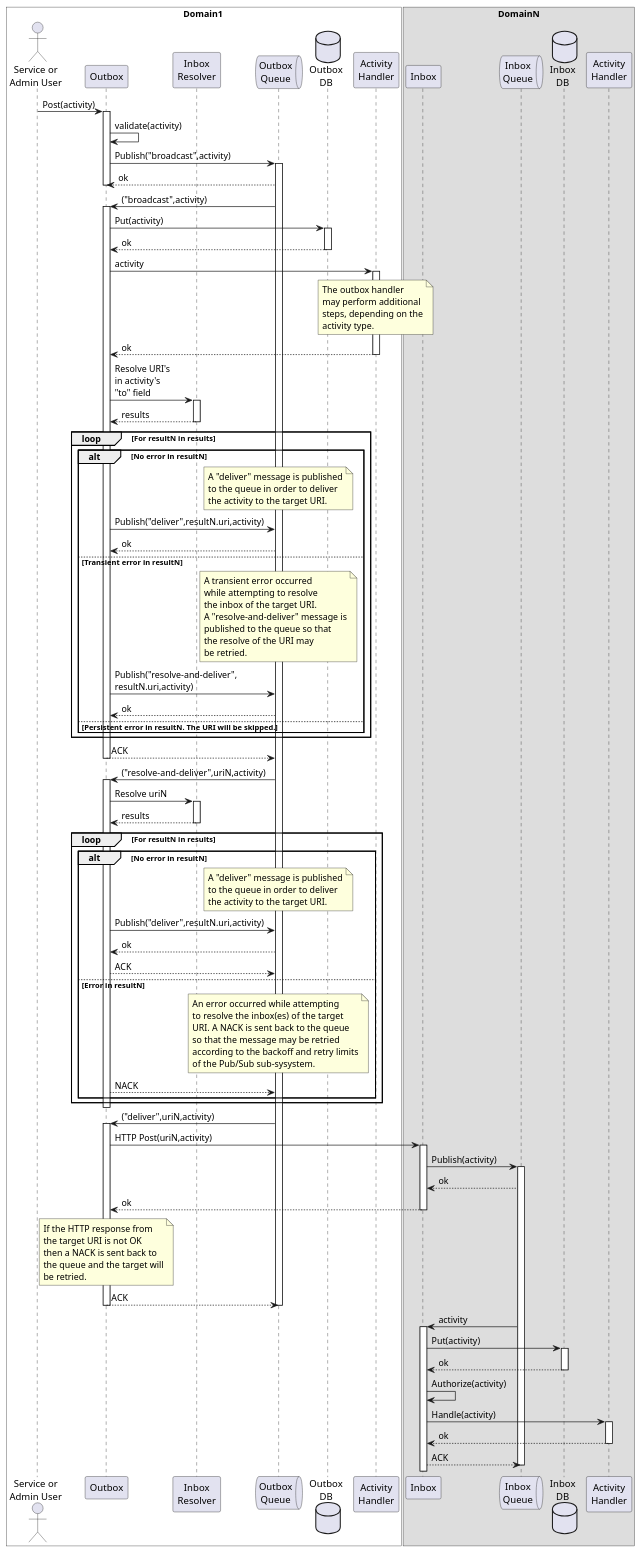
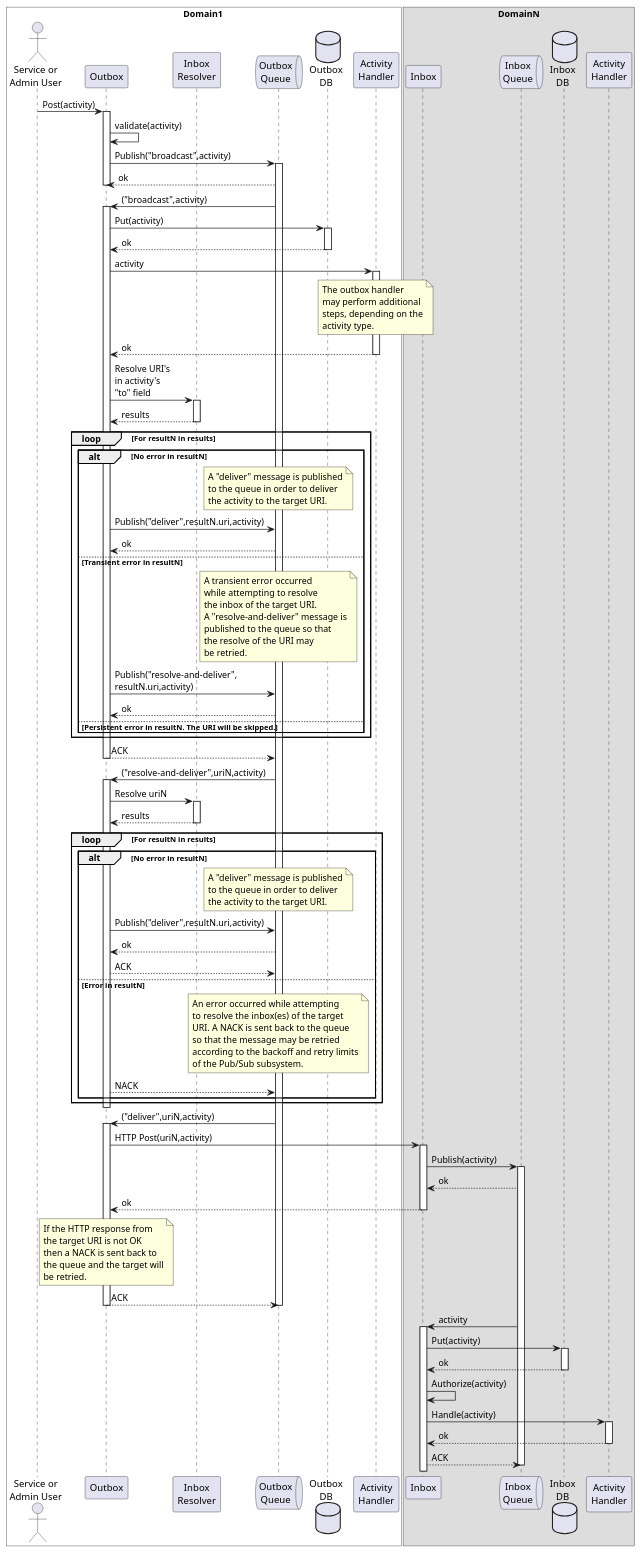
The diagram in readthedocs/source/orb/diagrams/ap-outbox-inbox.puml (trustbloc/docs), drawn with PlantUML before and after one commit. The commit also changed 4 other files, not shown here.

```diff
--- a/readthedocs/source/orb/diagrams/ap-outbox-inbox.puml
+++ b/readthedocs/source/orb/diagrams/ap-outbox-inbox.puml
@@ -1,173 +1,173 @@
 @startuml
 'https://plantuml.com/sequence-diagram
 
 box Domain1 #White
 actor "Service or\nAdmin User" as adminUser
 participant Outbox
 participant "Inbox\nResolver" as resolver
 queue "Outbox\nQueue" as outboxQueue
 database "Outbox\nDB" as outboxDB
 participant "Activity\nHandler" as outboxHandler
 end box
 
 box DomainN
 participant Inbox
 queue "Inbox\nQueue" as inboxQueue
 database "Inbox\nDB" as inboxDB
 participant "Activity\nHandler" as inboxHandler
 end box
 
 adminUser -> Outbox: Post(activity)
 
 activate Outbox
   Outbox -> Outbox: validate(activity)
   Outbox -> outboxQueue: Publish("broadcast",activity)
   activate outboxQueue
     outboxQueue --> Outbox: ok
 deactivate Outbox
 
 outboxQueue -> Outbox: ("broadcast",activity)
 
 activate Outbox
 
 Outbox -> outboxDB: Put(activity)
 activate outboxDB
   outboxDB --> Outbox: ok
 deactivate outboxDB
 
 Outbox -> outboxHandler: activity
 activate outboxHandler
   note over outboxHandler
     The outbox handler
     may perform additional
     steps, depending on the
     activity type.
   end note
   outboxHandler --> Outbox: ok
 deactivate outboxHandler
 
 Outbox -> resolver: Resolve URI's\nin activity's\n"to" field
 activate resolver
 resolver --> Outbox: results
 deactivate resolver
 
 loop For resultN in results
   alt No error in resultN
     note over outboxQueue
       A "deliver" message is published
       to the queue in order to deliver
       the activity to the target URI.
     end note
     Outbox -> outboxQueue: Publish("deliver",resultN.uri,activity)
     outboxQueue --> Outbox: ok
   else Transient error in resultN
     note over outboxQueue
       A transient error occurred
       while attempting to resolve
       the inbox of the target URI.
       A "resolve-and-deliver" message is
       published to the queue so that
       the resolve of the URI may
       be retried.
     end note
     Outbox -> outboxQueue: Publish("resolve-and-deliver",\nresultN.uri,activity)
     outboxQueue --> Outbox: ok
   else Persistent error in resultN. The URI will be skipped.
   end alt
 end loop
 
 Outbox --> outboxQueue: ACK
 
 deactivate Outbox
 
 deactivate Outbox
 
 outboxQueue -> Outbox: ("resolve-and-deliver",uriN,activity)
 
 activate Outbox
 
 Outbox -> resolver: Resolve uriN
 activate resolver
 resolver --> Outbox: results
 deactivate resolver
 
 loop For resultN in results
   alt No error in resultN
     note over outboxQueue
       A "deliver" message is published
       to the queue in order to deliver
       the activity to the target URI.
     end note
     Outbox -> outboxQueue: Publish("deliver",resultN.uri,activity)
     outboxQueue --> Outbox: ok
     Outbox --> outboxQueue: ACK
   else Error in resultN
     note over outboxQueue
       An error occurred while attempting
       to resolve the inbox(es) of the target
       URI. A NACK is sent back to the queue
       so that the message may be retried
       according to the backoff and retry limits
-      of the Pub/Sub sub-sysystem.
+      of the Pub/Sub subsystem.
     end note
     Outbox --> outboxQueue: NACK
   end alt
 end loop
 
 deactivate Outbox
 
 outboxQueue -> Outbox: ("deliver",uriN,activity)
 
 activate Outbox
 
 Outbox -> Inbox: HTTP Post(uriN,activity)
 
 activate Inbox
 
 Inbox -> inboxQueue: Publish(activity)
 
 activate inboxQueue
 
 inboxQueue --> Inbox: ok
 
 Inbox --> Outbox: ok
 
 note over Outbox
  If the HTTP response from
  the target URI is not OK
  then a NACK is sent back to
  the queue and the target will
  be retried.
 end note
 
 deactivate Inbox
 
 Outbox --> outboxQueue: ACK
 
 deactivate Outbox
 
 deactivate outboxQueue
 
 inboxQueue -> Inbox: activity
 
 activate Inbox
 
 Inbox -> inboxDB: Put(activity)
 
 activate inboxDB
   inboxDB --> Inbox: ok
 deactivate inboxDB
 
 Inbox -> Inbox: Authorize(activity)
 
 Inbox -> inboxHandler: Handle(activity)
 
 activate inboxHandler
 inboxHandler --> Inbox: ok
 deactivate inboxHandler
 
 Inbox --> inboxQueue: ACK
 
 deactivate inboxQueue
 
 @enduml
```
